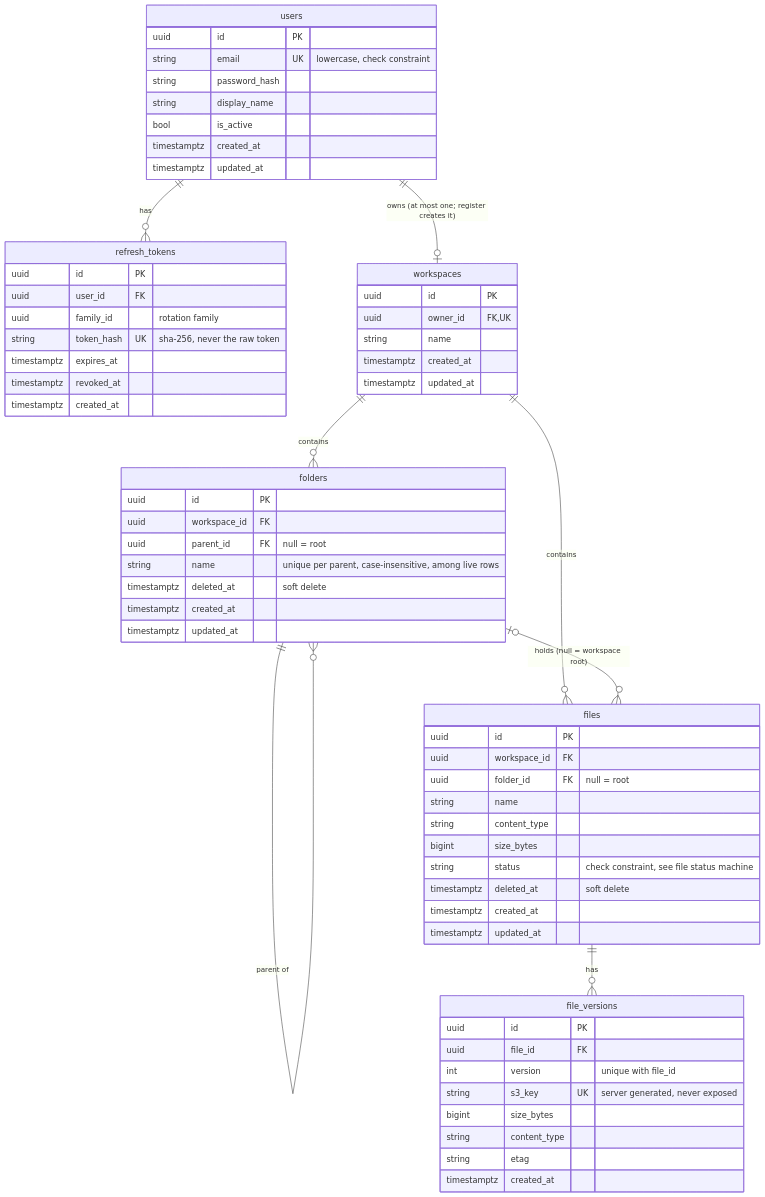
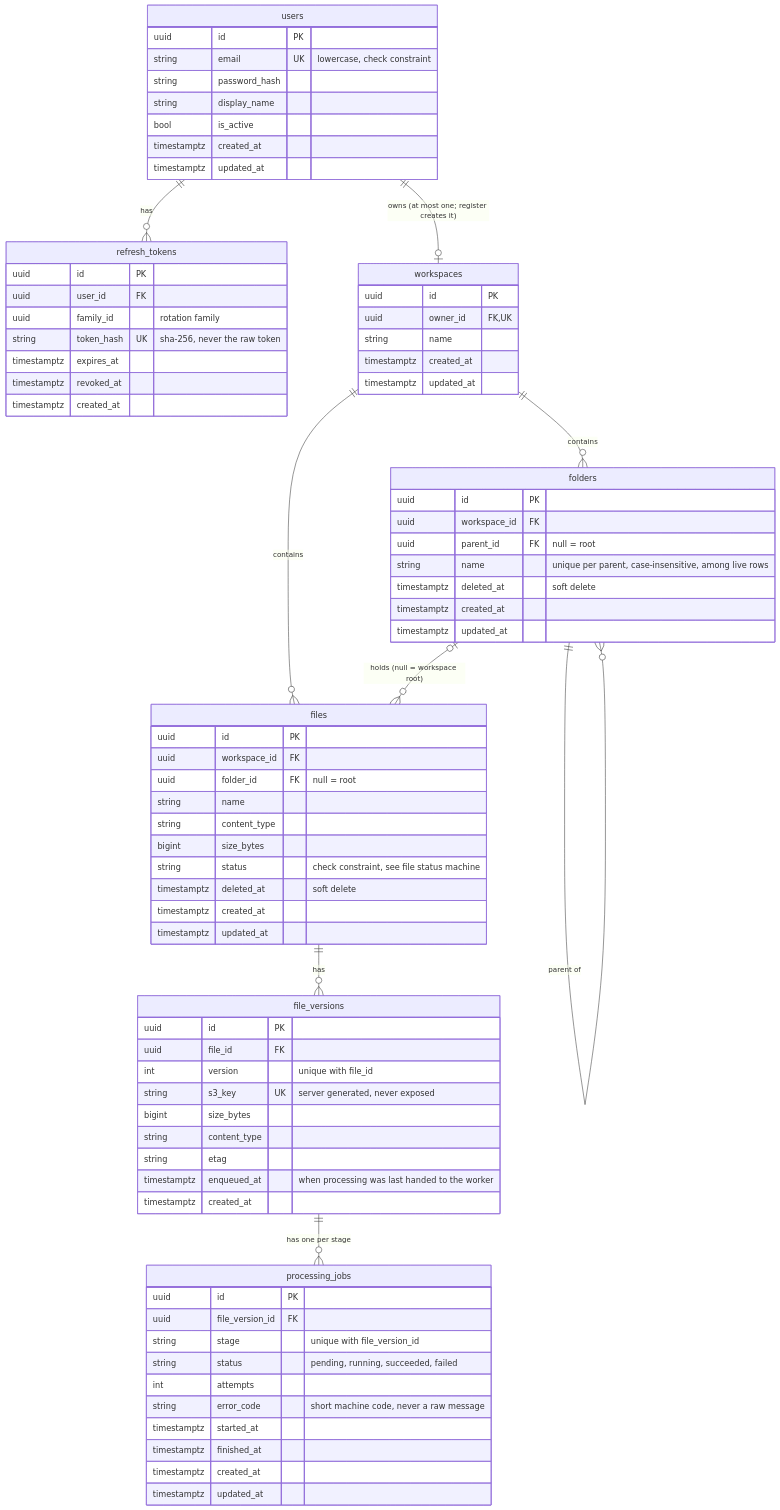
Before and after one commit to manan-77/clouddrop: the diagram in docs/er-diagram.md, drawn with Mermaid. The commit also changed other lines of this file and 33 other files, not shown here.

````diff
--- a/docs/er-diagram.md
+++ b/docs/er-diagram.md
@@ -5,67 +5,81 @@
 ```mermaid
 erDiagram
     users ||--o{ refresh_tokens : "has"
     users ||--o| workspaces : "owns (at most one; register creates it)"
     workspaces ||--o{ folders : "contains"
     workspaces ||--o{ files : "contains"
     folders ||--o{ folders : "parent of"
     folders |o--o{ files : "holds (null = workspace root)"
     files ||--o{ file_versions : "has"
+    file_versions ||--o{ processing_jobs : "has one per stage"
 
     users {
         uuid id PK
         string email UK "lowercase, check constraint"
         string password_hash
         string display_name
         bool is_active
         timestamptz created_at
         timestamptz updated_at
     }
     refresh_tokens {
         uuid id PK
         uuid user_id FK
         uuid family_id "rotation family"
         string token_hash UK "sha-256, never the raw token"
         timestamptz expires_at
         timestamptz revoked_at
         timestamptz created_at
     }
     workspaces {
         uuid id PK
         uuid owner_id FK,UK
         string name
         timestamptz created_at
         timestamptz updated_at
     }
     folders {
         uuid id PK
         uuid workspace_id FK
         uuid parent_id FK "null = root"
         string name "unique per parent, case-insensitive, among live rows"
         timestamptz deleted_at "soft delete"
         timestamptz created_at
         timestamptz updated_at
     }
     files {
         uuid id PK
         uuid workspace_id FK
         uuid folder_id FK "null = root"
         string name
         string content_type
         bigint size_bytes
         string status "check constraint, see file status machine"
         timestamptz deleted_at "soft delete"
         timestamptz created_at
         timestamptz updated_at
     }
     file_versions {
         uuid id PK
         uuid file_id FK
         int version "unique with file_id"
         string s3_key UK "server generated, never exposed"
         bigint size_bytes
         string content_type
         string etag
+        timestamptz enqueued_at "when processing was last handed to the worker"
         timestamptz created_at
     }
+    processing_jobs {
+        uuid id PK
+        uuid file_version_id FK
+        string stage "unique with file_version_id"
+        string status "pending, running, succeeded, failed"
+        int attempts
+        string error_code "short machine code, never a raw message"
+        timestamptz started_at
+        timestamptz finished_at
+        timestamptz created_at
+        timestamptz updated_at
+    }
 ```
````
